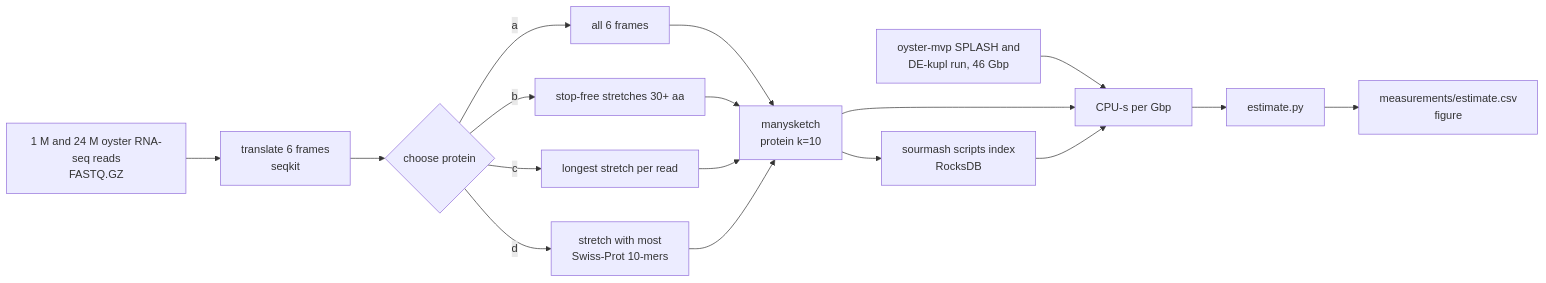
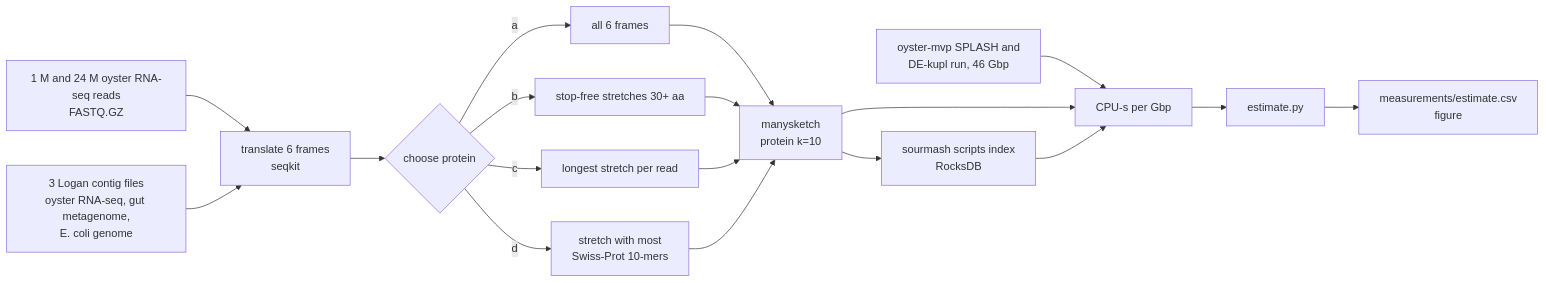
Before and after one commit to seanome/2024-kmerseek-analysis: the diagram in analysis/sra-protein-sketch-cost/README.md, drawn with Mermaid. The commit also changed other lines of this file and 16 other files, not shown here.

First line of the commit message:
SRA sketch cost: Logan rows from three measured Logan contig files

````diff
--- a/analysis/sra-protein-sketch-cost/README.md
+++ b/analysis/sra-protein-sketch-cost/README.md
@@ -8,14 +8,15 @@
 ```mermaid
 flowchart LR
   A[1 M and 24 M oyster RNA-seq reads<br/>FASTQ.GZ] --> T[translate 6 frames<br/>seqkit]
+  L[3 Logan contig files<br/>oyster RNA-seq, gut metagenome,<br/>E. coli genome] --> T
   T --> S{choose protein}
   S -->|a| SA[all 6 frames]
   S -->|b| SB[stop-free stretches 30+ aa]
   S -->|c| SC[longest stretch per read]
   S -->|d| SD[stretch with most<br/>Swiss-Prot 10-mers]
   SA & SB & SC & SD --> M[manysketch<br/>protein k=10] --> I[sourmash scripts index<br/>RocksDB]
   O[oyster-mvp SPLASH and<br/>DE-kupl run, 46 Gbp] --> R[CPU-s per Gbp]
   M --> R
   I --> R
   R --> E[estimate.py] --> C[measurements/estimate.csv<br/>figure]
 ```
````
